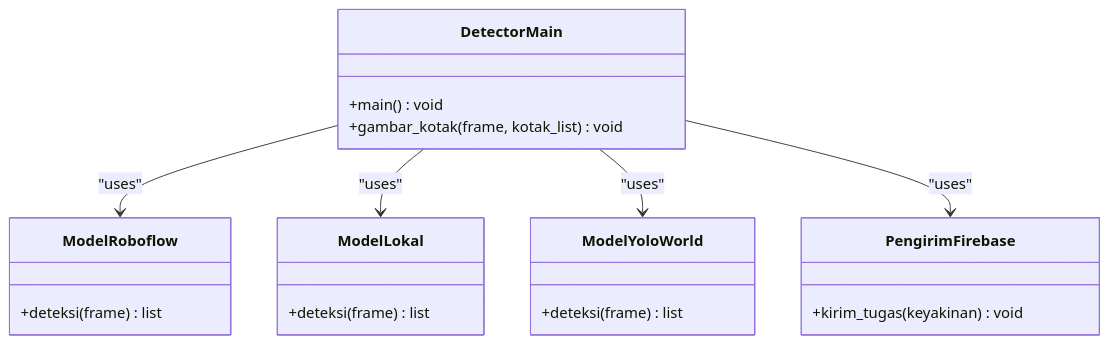
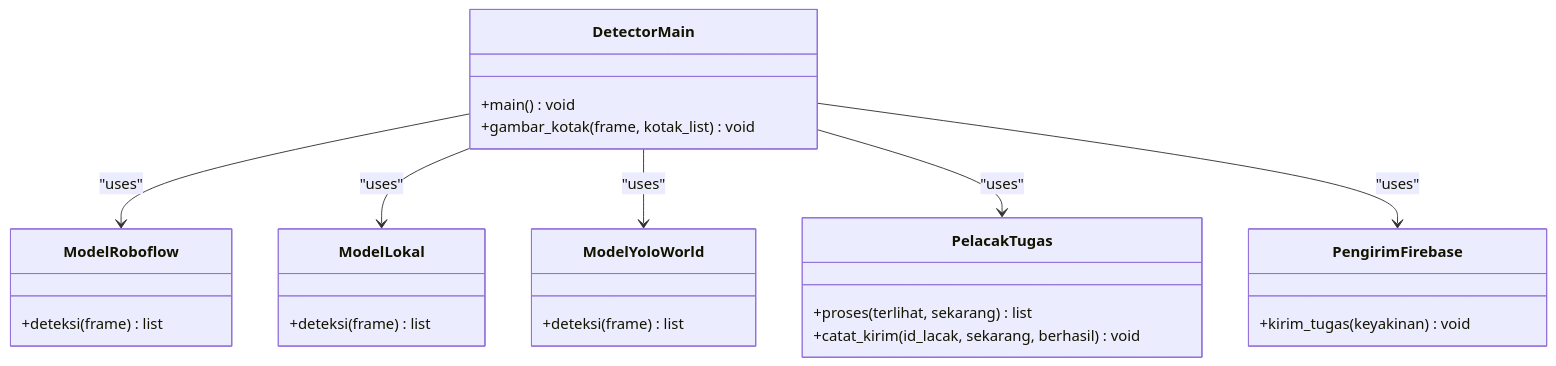
The fourth of 9 diagrams in .qoder/repowiki/en/content/AI Detection System/AI Detection System.md (rdsarjito/whoosh-ramah), drawn with Mermaid before and after one commit. The commit also changed other lines of this file and 68 other files, not shown here.

````diff
--- a/.qoder/repowiki/en/content/AI Detection System/AI Detection System.md
+++ b/.qoder/repowiki/en/content/AI Detection System/AI Detection System.md
@@ -197,23 +222,28 @@
 ```mermaid
 classDiagram
 class ModelRoboflow {
 +deteksi(frame) list
 }
 class ModelLokal {
 +deteksi(frame) list
 }
 class ModelYoloWorld {
 +deteksi(frame) list
 }
+class PelacakTugas {
++proses(terlihat, sekarang) list
++catat_kirim(id_lacak, sekarang, berhasil) void
+}
 class PengirimFirebase {
 +kirim_tugas(keyakinan) void
 }
 class DetectorMain {
 +main() void
 +gambar_kotak(frame, kotak_list) void
 }
 DetectorMain --> ModelRoboflow : "uses"
 DetectorMain --> ModelLokal : "uses"
 DetectorMain --> ModelYoloWorld : "uses"
+DetectorMain --> PelacakTugas : "uses"
 DetectorMain --> PengirimFirebase : "uses"
 ```
````
